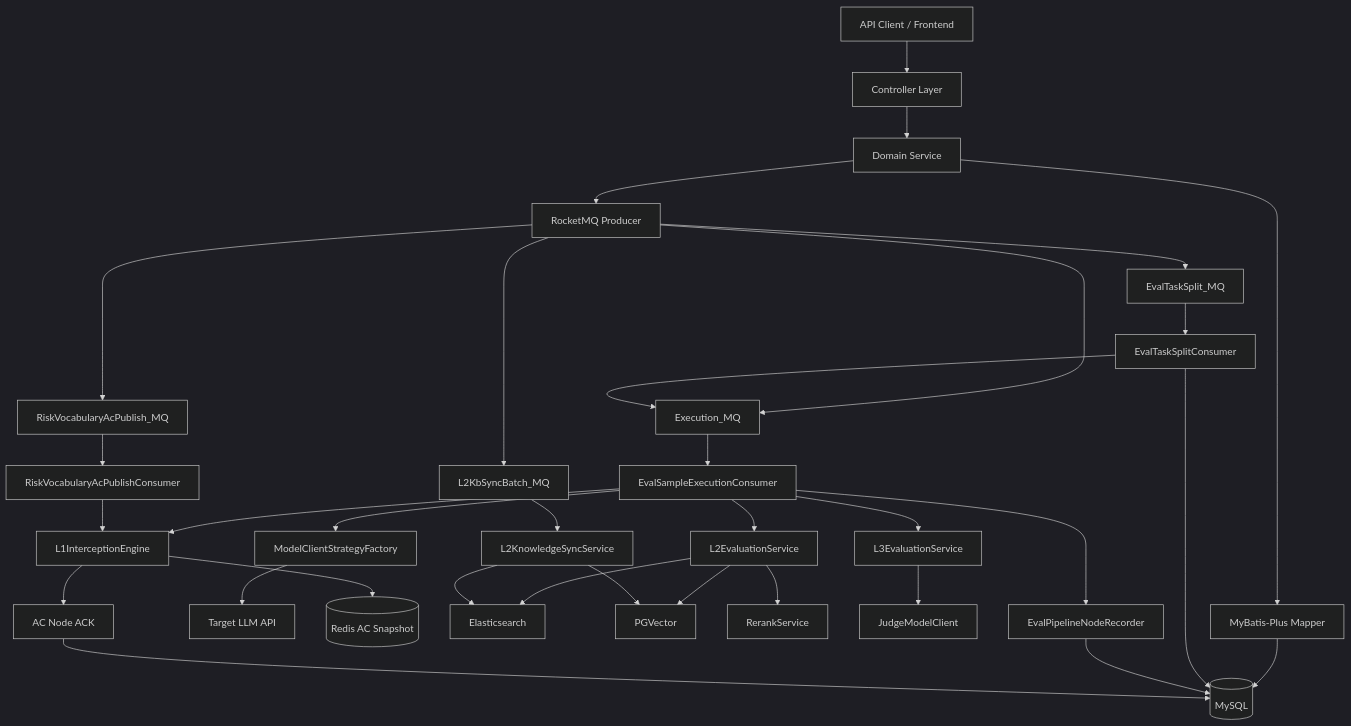
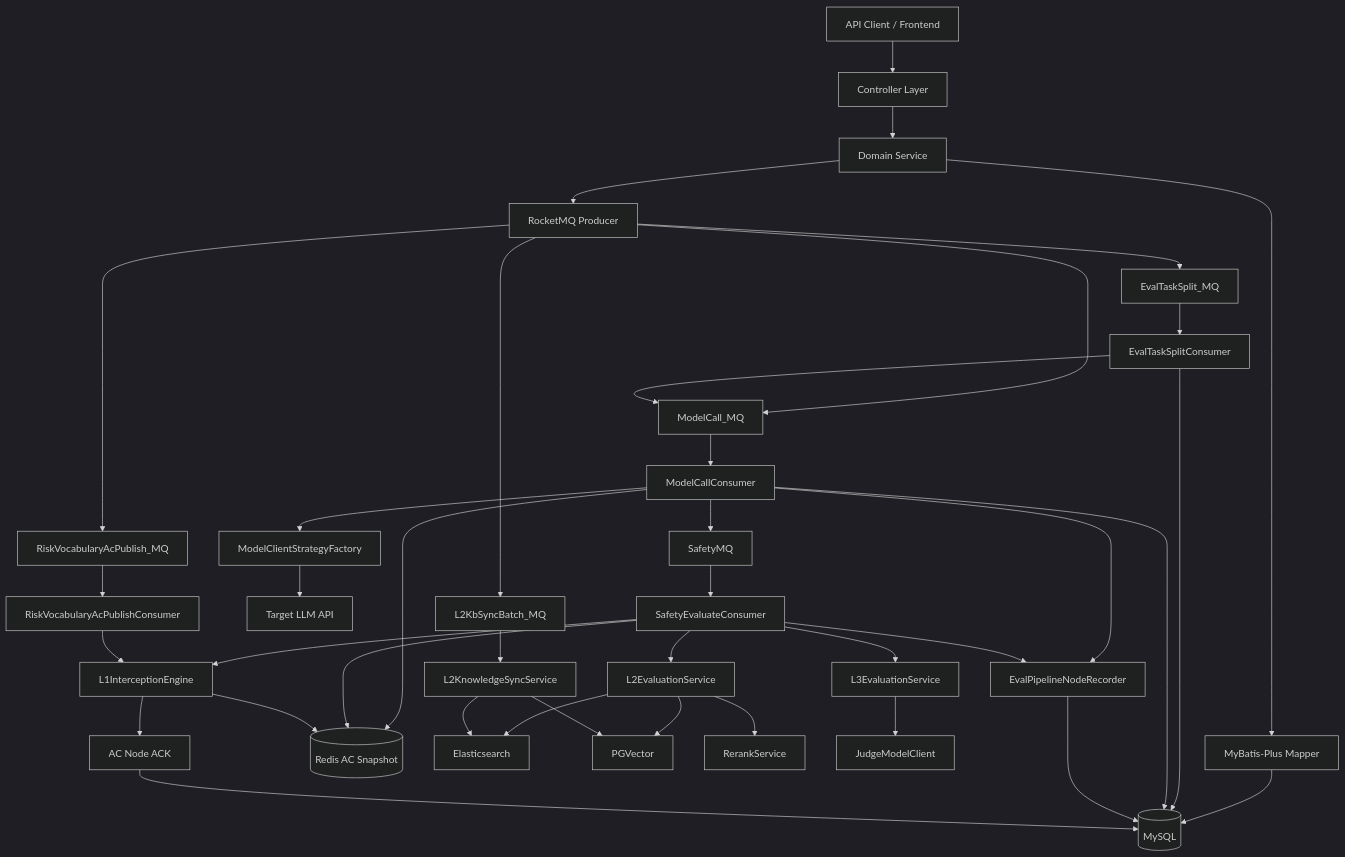
Before and after one commit to k960128/aigc-evaluate: the first of 2 diagrams in README.md, drawn with Mermaid (dark theme). The commit also changed other lines of this file and 1 other file, not shown here.

````diff
--- a/README.md
+++ b/README.md
@@ -104,44 +104,50 @@
 ```mermaid
 flowchart TD
     Client["API Client / Frontend"] --> Controller["Controller Layer"]
     Controller --> Service["Domain Service"]
     Service --> Mapper["MyBatis-Plus Mapper"]
     Mapper --> MySQL[("MySQL")]
 
     Service --> Producer["RocketMQ Producer"]
     Producer --> SplitMQ["EvalTaskSplit_MQ"]
-    Producer --> ExecMQ["Execution_MQ"]
+    Producer --> ModelCallMQ["ModelCall_MQ"]
     Producer --> KbBatchMQ["L2KbSyncBatch_MQ"]
     Producer --> AcPublishMQ["RiskVocabularyAcPublish_MQ"]
 
     SplitMQ --> SplitConsumer["EvalTaskSplitConsumer"]
     SplitConsumer --> MySQL
-    SplitConsumer --> ExecMQ
+    SplitConsumer --> ModelCallMQ
 
-    ExecMQ --> ExecConsumer["EvalSampleExecutionConsumer"]
-    ExecConsumer --> ModelFactory["ModelClientStrategyFactory"]
+    ModelCallMQ --> ModelCallConsumer["ModelCallConsumer"]
+    ModelCallConsumer --> Redis
+    ModelCallConsumer --> ModelFactory["ModelClientStrategyFactory"]
     ModelFactory --> TargetModel["Target LLM API"]
+    ModelCallConsumer --> Recorder["EvalPipelineNodeRecorder"]
+    ModelCallConsumer --> MySQL
+    ModelCallConsumer --> SafetyMQ
 
-    ExecConsumer --> L1["L1InterceptionEngine"]
+    SafetyMQ --> SafetyConsumer["SafetyEvaluateConsumer"]
+    SafetyConsumer --> Redis
+    SafetyConsumer --> L1["L1InterceptionEngine"]
     L1 --> Redis[("Redis AC Snapshot")]
 
-    ExecConsumer --> L2["L2EvaluationService"]
+    SafetyConsumer --> L2["L2EvaluationService"]
     L2 --> ES["Elasticsearch"]
     L2 --> PGVector["PGVector"]
     L2 --> Reranker["RerankService"]
 
-    ExecConsumer --> L3["L3EvaluationService"]
+    SafetyConsumer --> L3["L3EvaluationService"]
     L3 --> Judge["JudgeModelClient"]
 
-    ExecConsumer --> Recorder["EvalPipelineNodeRecorder"]
+    SafetyConsumer --> Recorder
     Recorder --> MySQL
 
     KbBatchMQ --> KbSync["L2KnowledgeSyncService"]
     KbSync --> ES
     KbSync --> PGVector
 
     AcPublishMQ --> AcConsumer["RiskVocabularyAcPublishConsumer"]
     AcConsumer --> L1
     L1 --> Ack["AC Node ACK"]
     Ack --> MySQL
 ```
````
